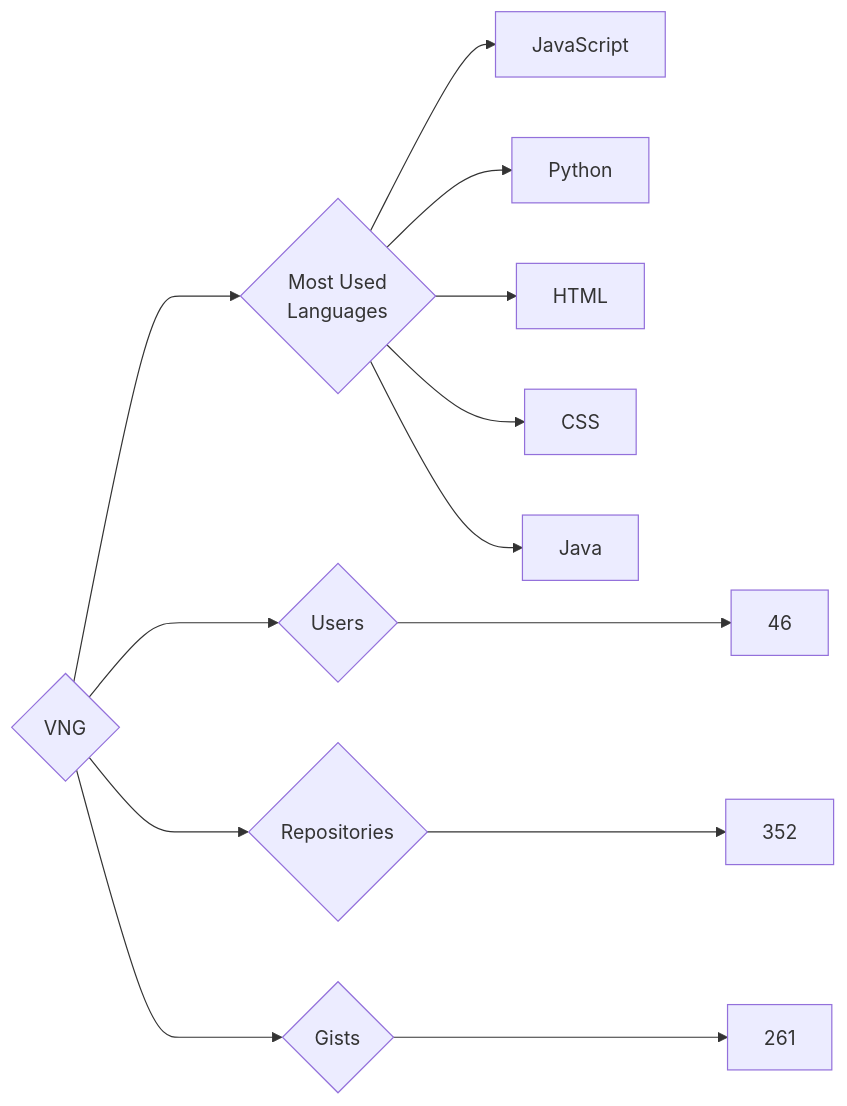
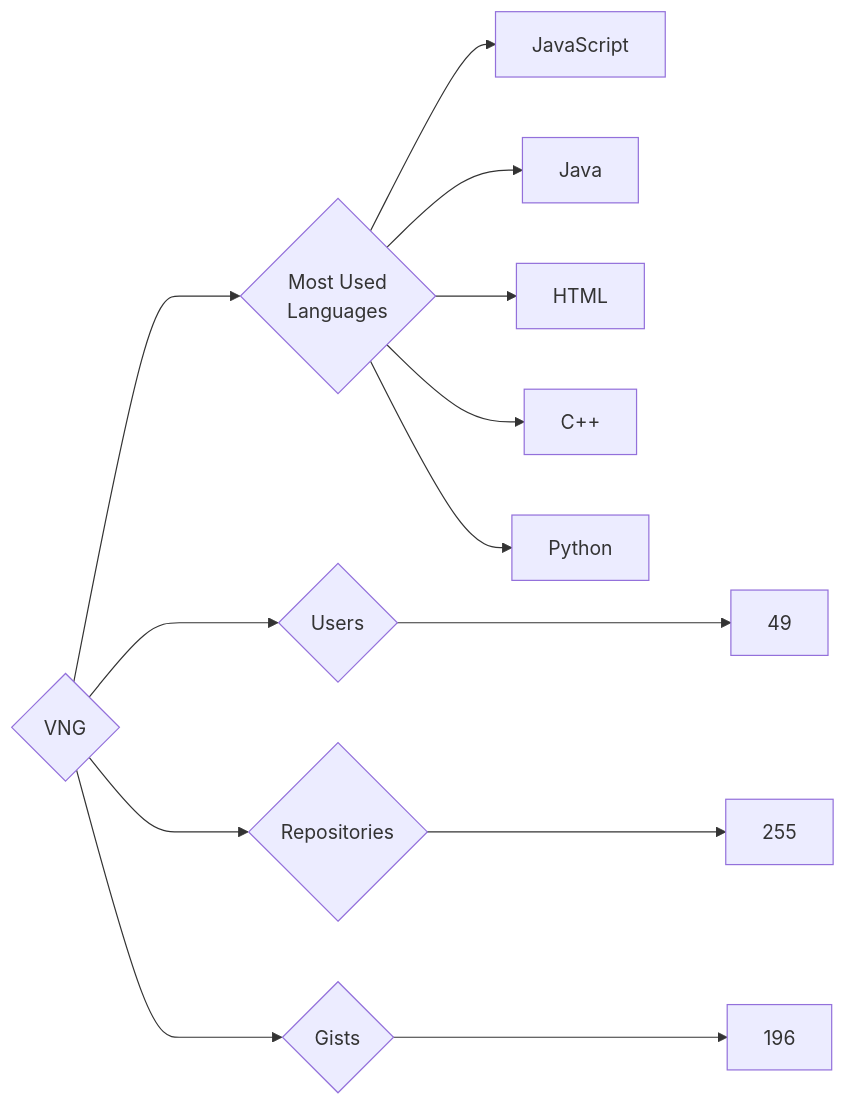
The diagram in targets/VNG/README.md (trickest/insiders), drawn with Mermaid before and after one commit. The commit also changed 597 other files, not shown here.

````diff
--- a/targets/VNG/README.md
+++ b/targets/VNG/README.md
@@ -3,13 +3,13 @@
 ```mermaid
 graph LR
 COMPANY_NAME{VNG}
-COMPANY_NAME ---> U{Users} ---> UN[46]
-COMPANY_NAME ---> R{Repositories} ---> RN[352]
-COMPANY_NAME ---> G{Gists} ---> GN[261]
+COMPANY_NAME ---> U{Users} ---> UN[49]
+COMPANY_NAME ---> R{Repositories} ---> RN[255]
+COMPANY_NAME ---> G{Gists} ---> GN[196]
 COMPANY_NAME ---> ML{Most Used<br>Languages}
 ML --> JavaScript[JavaScript]
+ML --> Java[Java]
+ML --> HTML[HTML]
+ML --> C++[C++]
 ML --> Python[Python]
-ML --> HTML[HTML]
-ML --> CSS[CSS]
-ML --> Java[Java]
 ```
````
